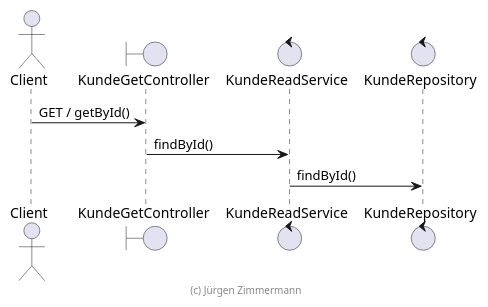
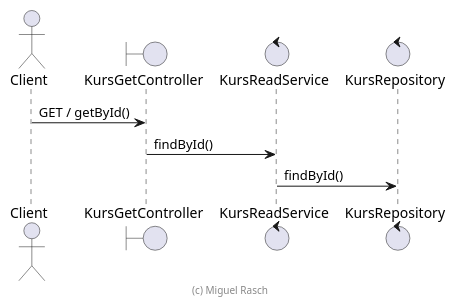
The diagram in kurs/extras/doc/sequenzdiagramm.plantuml (migruu/kurs-v0), drawn with PlantUML before and after one commit. The commit also changed other lines of this file and 111 other files, not shown here.

```diff
--- a/kurs/extras/doc/sequenzdiagramm.plantuml
+++ b/kurs/extras/doc/sequenzdiagramm.plantuml
@@ -15,15 +1,15 @@
 @startuml Sequenzdiagramm
 
 actor Client
 
-boundary KundeGetController
-control KundeReadService
-control KundeRepository
+boundary KursGetController
+control KursReadService
+control KursRepository
 
-Client -> KundeGetController : GET / getById()
-KundeGetController -> KundeReadService: findById()
-KundeReadService -> KundeRepository: findById()
+Client -> KursGetController : GET / getById()
+KursGetController -> KursReadService: findById()
+KursReadService -> KursRepository: findById()
 
-footer (c) Jürgen Zimmermann
+footer (c) Miguel Rasch
 
 @enduml
```
